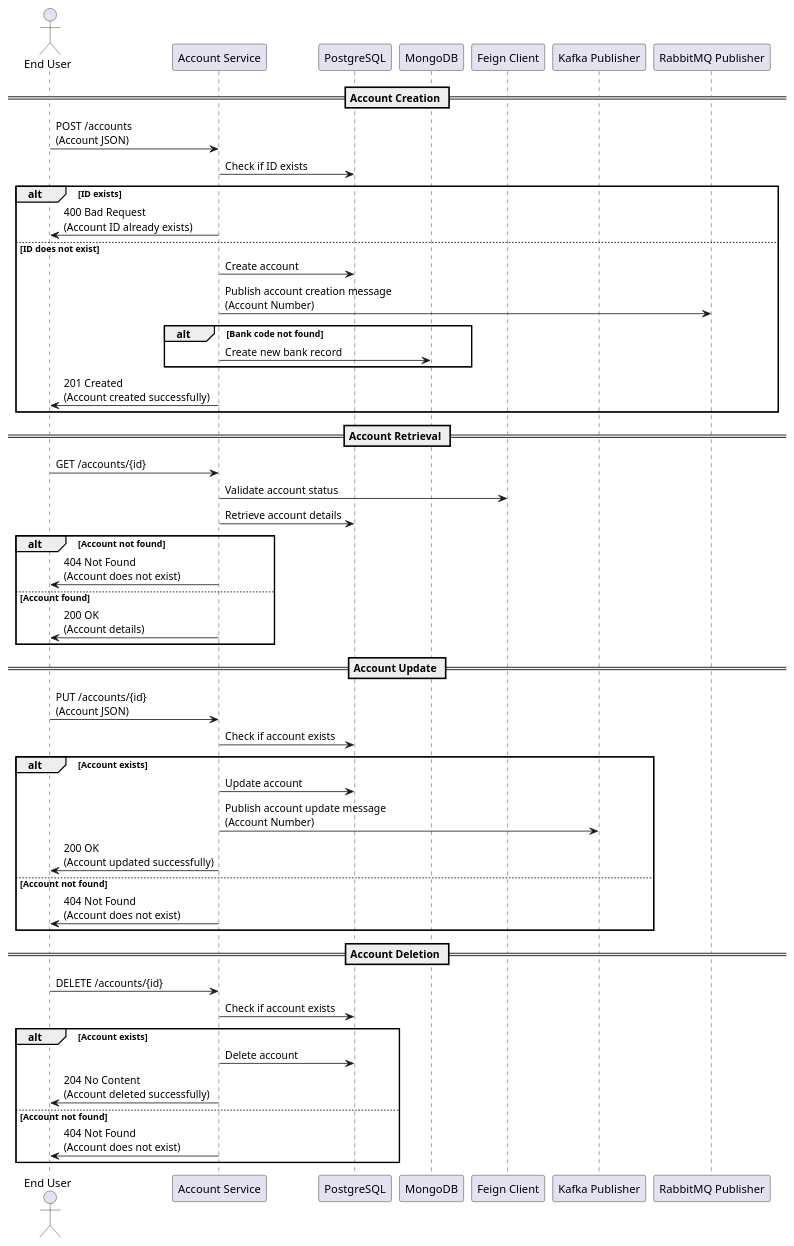
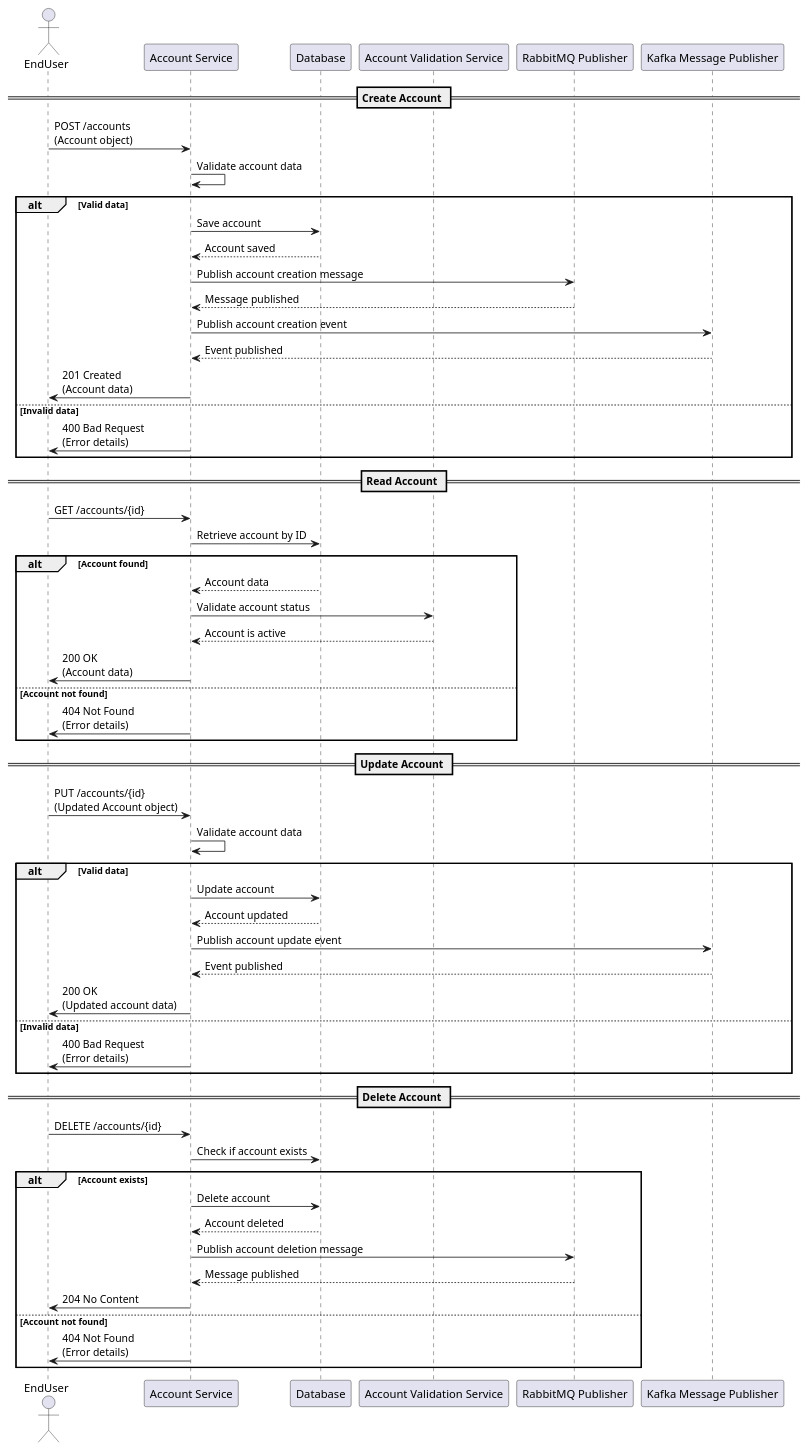
Before and after one commit to Bhaskar-Pavan/AccountService: the diagram in design_document/Account_service.md, drawn with PlantUML. The commit also changed other lines of this file, not shown here.

````diff
--- a/design_document/Account_service.md
+++ b/design_document/Account_service.md
@@ -45,57 +67,64 @@
 ```plantuml
 @startuml
-actor "End User" as User
+actor EndUser as User
 participant "Account Service" as Service
-participant "PostgreSQL" as Postgres
-participant "MongoDB" as MongoDB
-participant "Feign Client" as ExternalService
-participant "Kafka Publisher" as Kafka
+participant "Database" as DB
+participant "Account Validation Service" as ExternalService
 participant "RabbitMQ Publisher" as RabbitMQ
+participant "Kafka Message Publisher" as Kafka
 
-== Account Creation ==
-User -> Service : POST /accounts\n(Account JSON)
-Service -> Postgres : Check if ID exists
-alt ID exists
-    Service -> User : 400 Bad Request\n(Account ID already exists)
-else ID does not exist
-    Service -> Postgres : Create account
-    Service -> RabbitMQ : Publish account creation message\n(Account Number)
-    alt Bank code not found
-        Service -> MongoDB : Create new bank record
-    end
-    Service -> User : 201 Created\n(Account created successfully)
+== Create Account ==
+User -> Service: POST /accounts\n(Account object)
+Service -> Service: Validate account data
+alt Valid data
+    Service -> DB: Save account
+    DB --> Service: Account saved
+    Service -> RabbitMQ: Publish account creation message
+    RabbitMQ --> Service: Message published
+    Service -> Kafka: Publish account creation event
+    Kafka --> Service: Event published
+    Service -> User: 201 Created\n(Account data)
+else Invalid data
+    Service -> User: 400 Bad Request\n(Error details)
 end
 
-== Account Retrieval ==
-User -> Service : GET /accounts/{id}
-Service -> ExternalService : Validate account status
-Service -> Postgres : Retrieve account details
-alt Account not found
-    Service -> User : 404 Not Found\n(Account does not exist)
-else Account found
-    Service -> User : 200 OK\n(Account details)
+== Read Account ==
+User -> Service: GET /accounts/{id}
+Service -> DB: Retrieve account by ID
+alt Account found
+    DB --> Service: Account data
+    Service -> ExternalService: Validate account status
+    ExternalService --> Service: Account is active
+    Service -> User: 200 OK\n(Account data)
+else Account not found
+    Service -> User: 404 Not Found\n(Error details)
 end
 
-== Account Update ==
-User -> Service : PUT /accounts/{id}\n(Account JSON)
-Service -> Postgres : Check if account exists
-alt Account exists
-    Service -> Postgres : Update account
-    Service -> Kafka : Publish account update message\n(Account Number)
-    Service -> User : 200 OK\n(Account updated successfully)
-else Account not found
-    Service -> User : 404 Not Found\n(Account does not exist)
+== Update Account ==
+User -> Service: PUT /accounts/{id}\n(Updated Account object)
+Service -> Service: Validate account data
+alt Valid data
+    Service -> DB: Update account
+    DB --> Service: Account updated
+    Service -> Kafka: Publish account update event
+    Kafka --> Service: Event published
+    Service -> User: 200 OK\n(Updated account data)
+else Invalid data
+    Service -> User: 400 Bad Request\n(Error details)
 end
 
-== Account Deletion ==
-User -> Service : DELETE /accounts/{id}
-Service -> Postgres : Check if account exists
+== Delete Account ==
+User -> Service: DELETE /accounts/{id}
+Service -> DB: Check if account exists
 alt Account exists
-    Service -> Postgres : Delete account
-    Service -> User : 204 No Content\n(Account deleted successfully)
+    Service -> DB: Delete account
+    DB --> Service: Account deleted
+    Service -> RabbitMQ: Publish account deletion message
+    RabbitMQ --> Service: Message published
+    Service -> User: 204 No Content
 else Account not found
-    Service -> User : 404 Not Found\n(Account does not exist)
+    Service -> User: 404 Not Found\n(Error details)
 end
 
 @enduml
 ```
````
